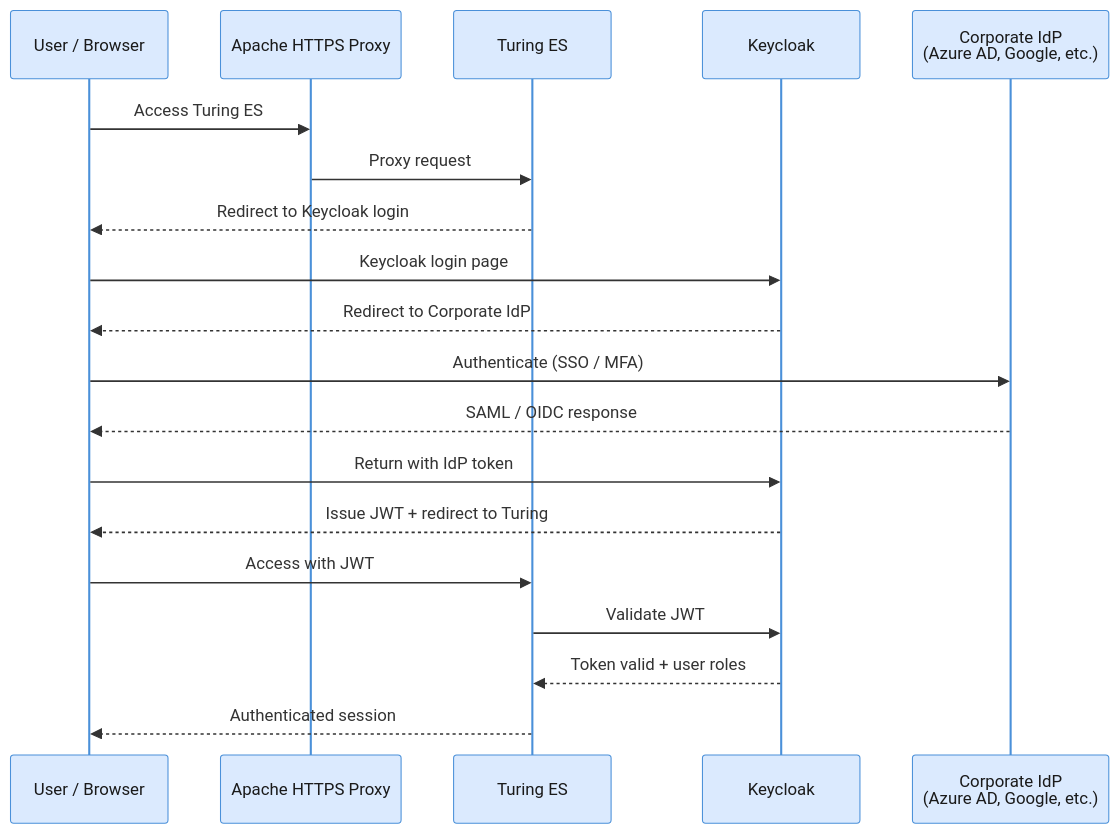
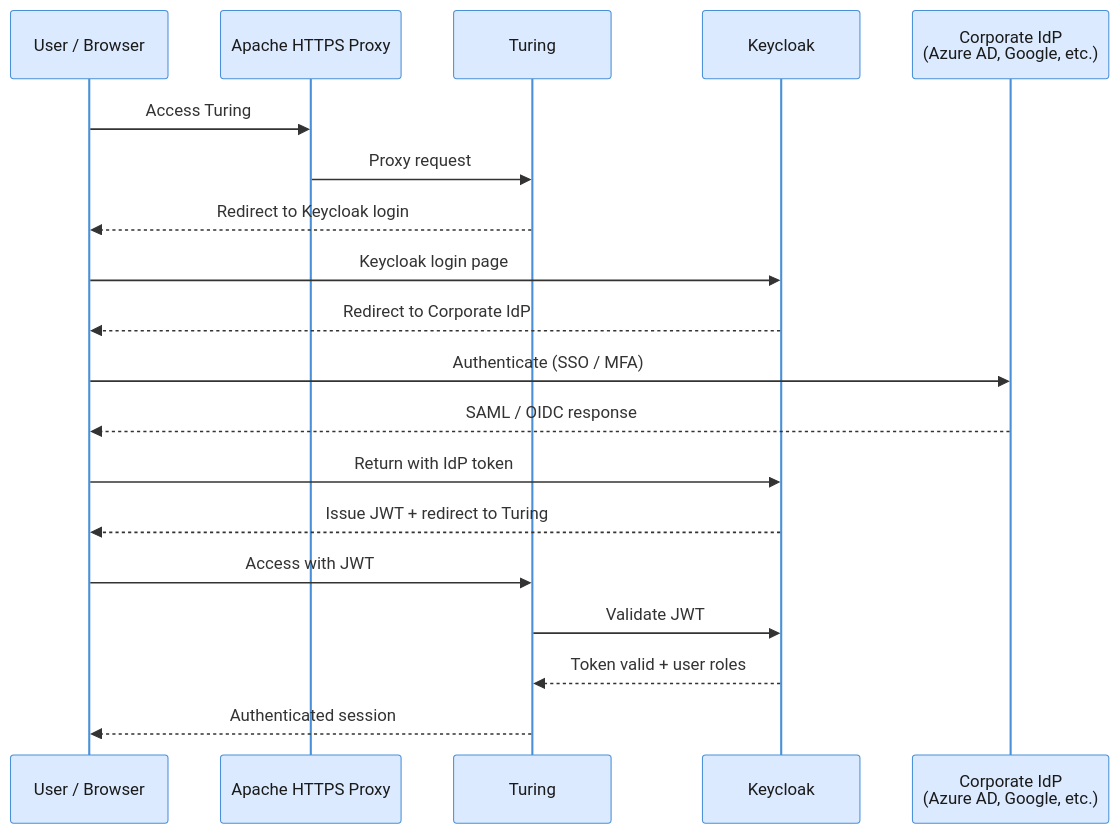
Before and after one commit to openviglet/docs: the diagram in docs-turing/security-keycloak.md, drawn with Mermaid. The commit also changed other lines of this file and 157 other files, not shown here.

````diff
--- a/docs-turing/security-keycloak.md
+++ b/docs-turing/security-keycloak.md
@@ -63,23 +63,23 @@
 ```mermaid
 %%{init: {'theme': 'base', 'themeVariables': {'fontSize': '13px', 'actorBkg': '#dbeafe', 'actorBorder': '#4A90D9', 'actorTextColor': '#1a1a1a', 'activationBkgColor': '#ede9fe', 'activationBorderColor': '#9B6EC5', 'labelBoxBkgColor': '#fef3c7', 'labelBoxBorderColor': '#E8A838', 'labelTextColor': '#1a1a1a', 'noteBkgColor': '#dcfce7', 'noteBorderColor': '#50B86C', 'noteTextColor': '#1a1a1a', 'signalColor': '#333', 'signalTextColor': '#333'}}}%%
 sequenceDiagram
     participant User as User / Browser
     participant Apache as Apache HTTPS Proxy
-    participant Turing as Turing ES
+    participant Turing as Turing
     participant KC as Keycloak
     participant IdP as Corporate IdP<br/>(Azure AD, Google, etc.)
 
-    User->>Apache: Access Turing ES
+    User->>Apache: Access Turing
     Apache->>Turing: Proxy request
     Turing-->>User: Redirect to Keycloak login
     User->>KC: Keycloak login page
     KC-->>User: Redirect to Corporate IdP
     User->>IdP: Authenticate (SSO / MFA)
     IdP-->>User: SAML / OIDC response
     User->>KC: Return with IdP token
     KC-->>User: Issue JWT + redirect to Turing
     User->>Turing: Access with JWT
     Turing->>KC: Validate JWT
     KC-->>Turing: Token valid + user roles
     Turing-->>User: Authenticated session
 ```
````
